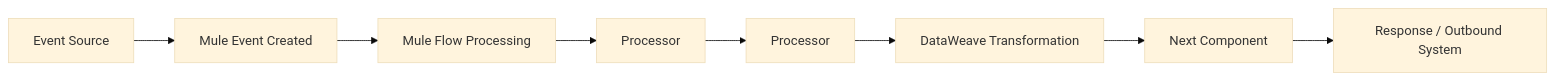
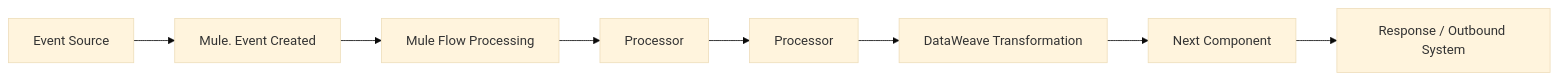
The diagram in docs-en/modules/ROOT/pages/5_how_mule_really_works_internal_mechanisms.adoc (sasa73d/antora-productdock), drawn with Mermaid (base theme) before and after one commit. The commit also changed other lines of this file and 3 other files, not shown here.

```diff
--- a/docs-en/modules/ROOT/pages/5_how_mule_really_works_internal_mechanisms.adoc
+++ b/docs-en/modules/ROOT/pages/5_how_mule_really_works_internal_mechanisms.adoc
@@ -7,11 +7,11 @@
 [mermaid,mule-runtime-internal-flow,svg]
 ....
 flowchart LR
-    Source["Event Source"] --> Event["Mule Event Created"]
+    Source["Event Source"] --> Event["Mule.  Event Created"]
     Event --> Flow["Mule Flow Processing"]
     Flow --> Processor1["Processor"]
     Processor1 --> Processor2["Processor"]
     Processor2 --> Transform["DataWeave Transformation"]
     Transform --> Next["Next Component"]
     Next --> Response["Response / Outbound System"]
 ....
```
